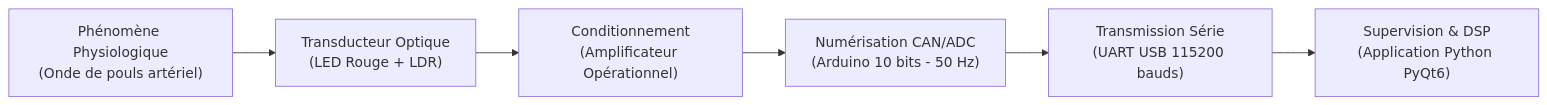
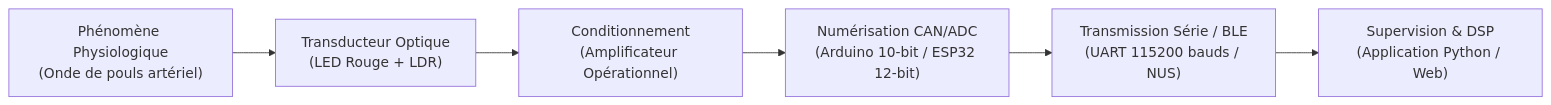
Before and after one commit to LenoirSys/open-ppg-monitor: the diagram in docs/ARCHITECTURE_MATERIELLE.md, drawn with Mermaid. The commit also changed other lines of this file and 9 other files, not shown here.

Commit message:
feat(v2): évolution ESP32 BLE 12-bit, interface Web Bluetooth, simulateur 50 Hz et calcul HRV (SDNN)

````diff
--- a/docs/ARCHITECTURE_MATERIELLE.md
+++ b/docs/ARCHITECTURE_MATERIELLE.md
@@ -15,8 +15,8 @@
 ```mermaid
 flowchart LR
     A["Phénomène Physiologique<br/>(Onde de pouls artériel)"] --> B["Transducteur Optique<br/>(LED Rouge + LDR)"]
     B --> C["Conditionnement<br/>(Amplificateur Opérationnel)"]
-    C --> D["Numérisation CAN/ADC<br/>(Arduino 10 bits - 50 Hz)"]
-    D --> E["Transmission Série<br/>(UART USB 115200 bauds)"]
-    E --> F["Supervision & DSP<br/>(Application Python PyQt6)"]
+    C --> D["Numérisation CAN/ADC<br/>(Arduino 10-bit / ESP32 12-bit)"]
+    D --> E["Transmission Série / BLE<br/>(UART 115200 bauds / NUS)"]
+    E --> F["Supervision & DSP<br/>(Application Python / Web)"]
 ```
````
